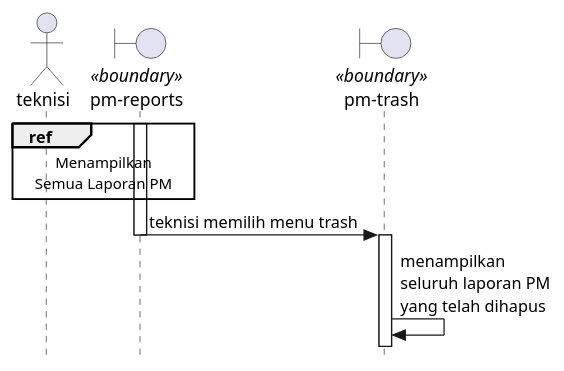
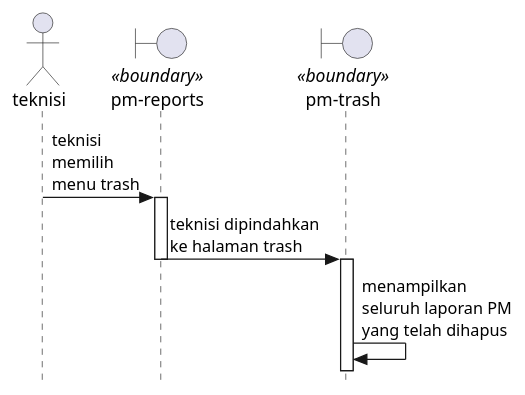
The first of 2 diagrams in Docs/diagrams/sequence/viewAllTrash.plantuml (KPL-slur/eec-sifse-fixed), drawn with PlantUML before and after one commit. The commit also changed other lines of this file and 19 other files, not shown here.

```diff
--- a/Docs/diagrams/sequence/viewAllTrash.plantuml
+++ b/Docs/diagrams/sequence/viewAllTrash.plantuml
@@ -1,17 +1,16 @@
 @startuml viewAllTrashPM
 
 skinparam style strictuml
 
 actor teknisi
 boundary "pm-reports" as pm <<boundary>>
 boundary "pm-trash" as trash <<boundary>>
 
-ref over teknisi, pm : Menampilkan\nSemua Laporan PM
-
-activate pm
-pm -> trash : teknisi memilih menu trash
+teknisi -> pm : teknisi\nmemilih\nmenu trash
+    activate pm
+pm -> trash : teknisi dipindahkan\nke halaman trash
     deactivate pm 
     activate trash
 trash -> trash : menampilkan\nseluruh laporan PM\nyang telah dihapus
 
 @enduml
```
